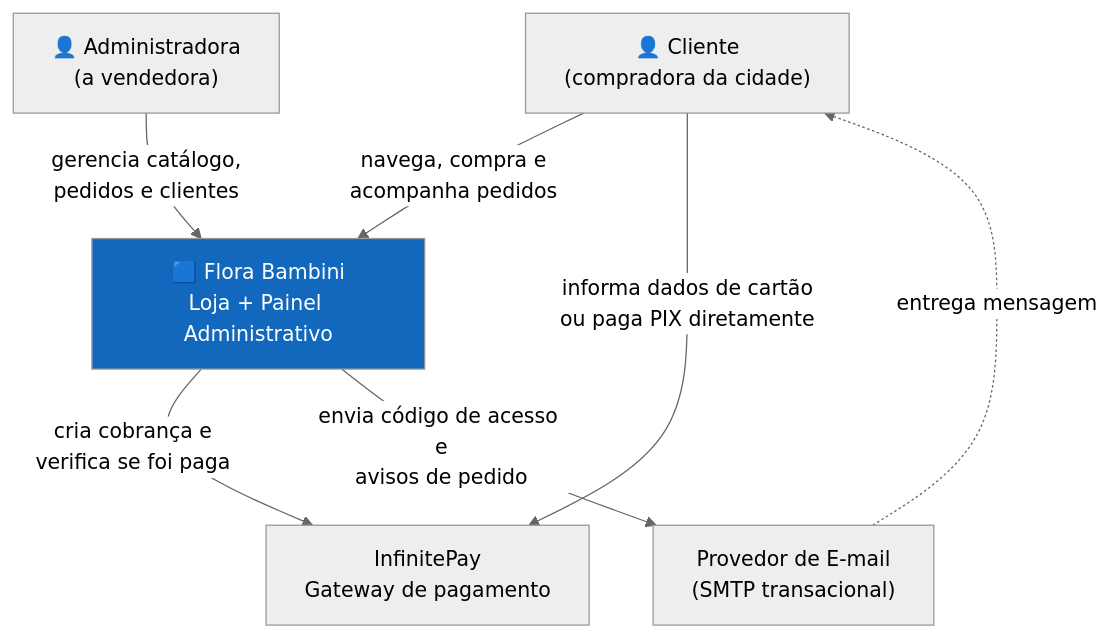
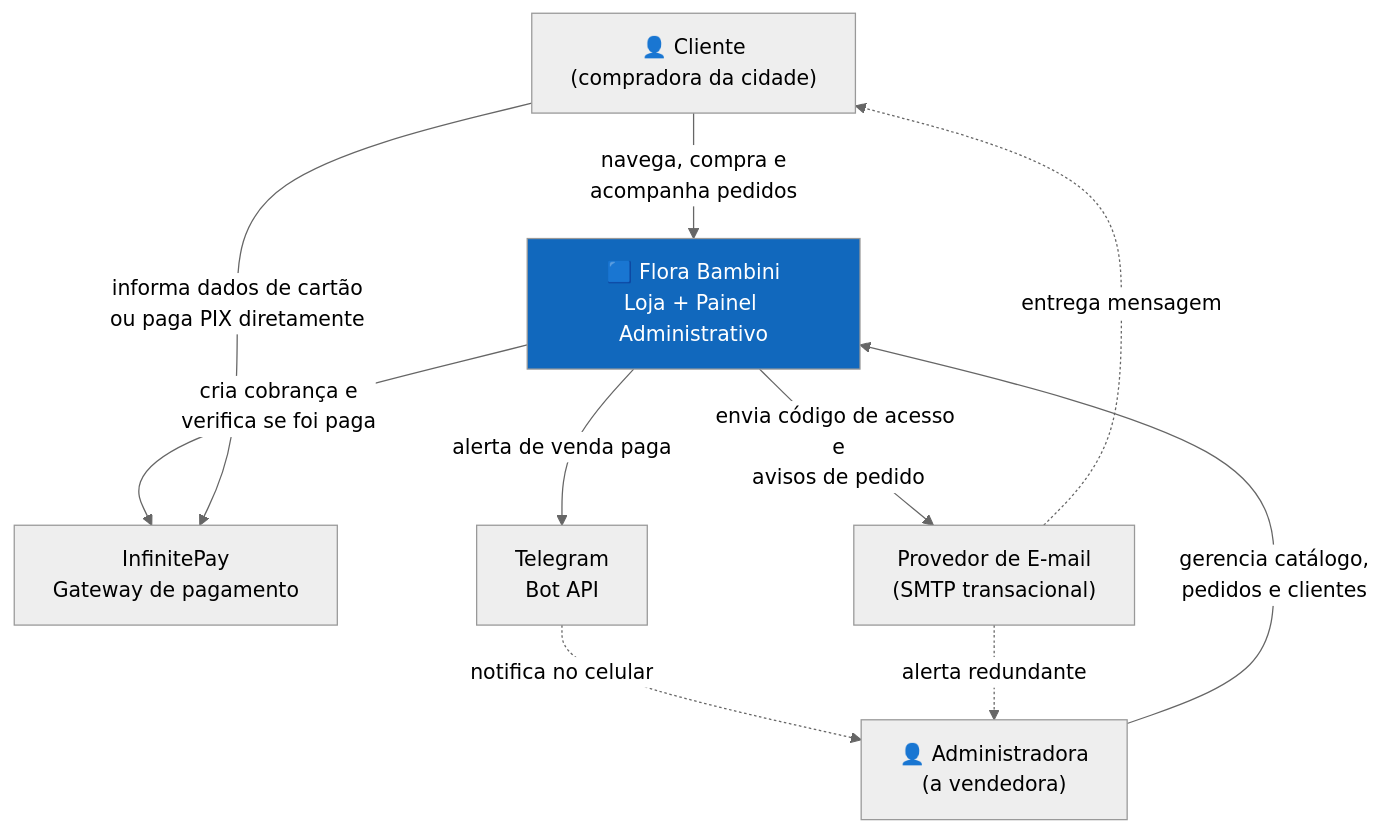
The first of 5 diagrams in docs/architecture/proposta-arquitetural.md (mbanagouro/ecomm-florabambini), drawn with Mermaid (neutral theme) before and after one commit. The commit also changed other lines of this file and 1 other file, not shown here.

First line of the commit message:
Adiciona ADR-009 (alerta de venda) e ADR-010 (categorias hierarquicas)

````diff
--- a/docs/architecture/proposta-arquitetural.md
+++ b/docs/architecture/proposta-arquitetural.md
@@ -305,19 +354,23 @@
 ```mermaid
 flowchart TB
     Cliente["👤 Cliente<br/>(compradora da cidade)"]
     Admin["👤 Administradora<br/>(a vendedora)"]
 
     Sistema["🟦 Flora Bambini<br/>Loja + Painel Administrativo"]
 
     InfinitePay["InfinitePay<br/>Gateway de pagamento"]
     SMTP["Provedor de E-mail<br/>(SMTP transacional)"]
+    Telegram["Telegram<br/>Bot API"]
 
     Cliente -->|"navega, compra e<br/>acompanha pedidos"| Sistema
     Admin -->|"gerencia catálogo,<br/>pedidos e clientes"| Sistema
     Sistema -->|"cria cobrança e<br/>verifica se foi paga"| InfinitePay
     Cliente -->|"informa dados de cartão<br/>ou paga PIX diretamente"| InfinitePay
     Sistema -->|"envia código de acesso e<br/>avisos de pedido"| SMTP
     SMTP -.->|"entrega mensagem"| Cliente
+    Sistema -->|"alerta de venda paga"| Telegram
+    Telegram -.->|"notifica no celular"| Admin
+    SMTP -.->|"alerta redundante"| Admin
 
     style Sistema fill:#1168bd,color:#fff
 ```
````
